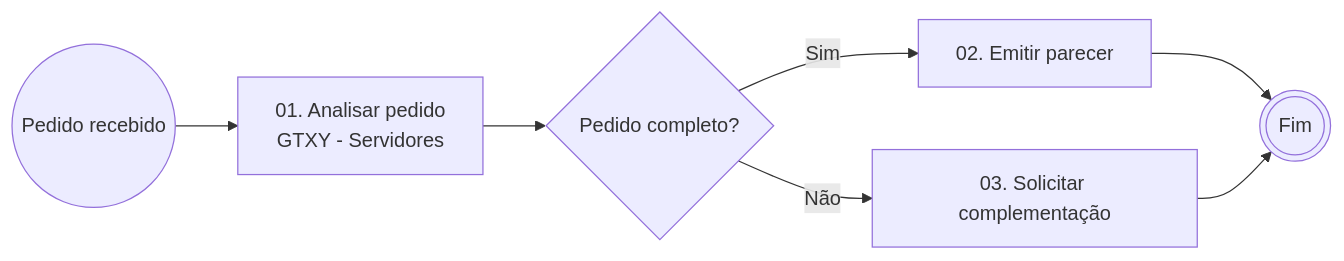
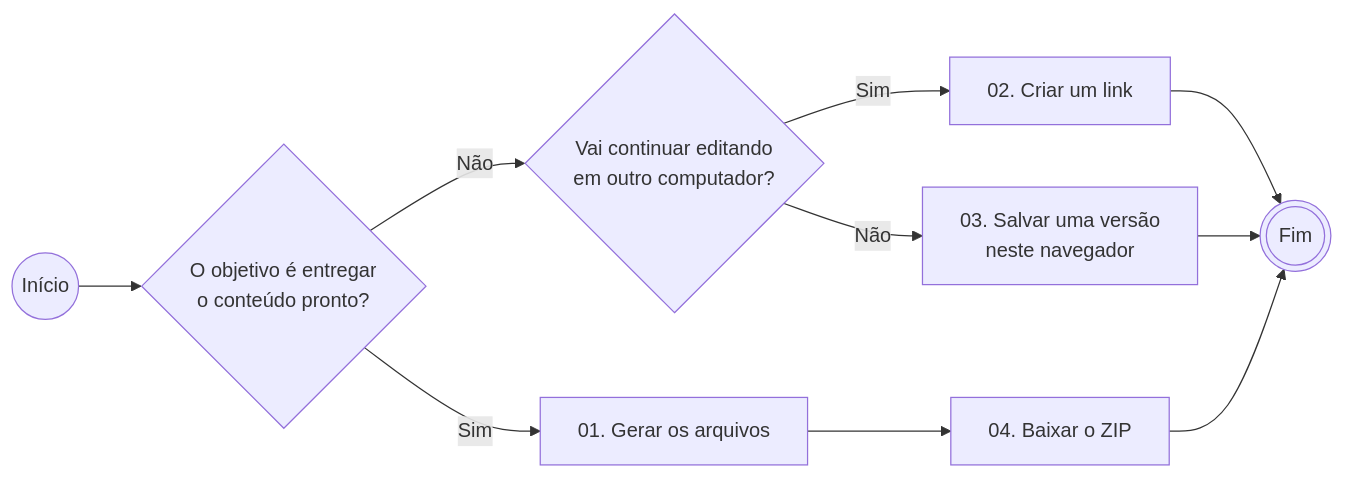
One commit to anacgovbr/conteudista changed the third of 3 diagrams in web/exemplo/treinamento.md. Above: the diagram before and after it, drawn with Mermaid. The commit also changed other lines of this file and 3 other files, not shown here.

````diff
--- a/web/exemplo/treinamento.md
+++ b/web/exemplo/treinamento.md
@@ -22,9 +217,12 @@
 ```mermaid
 flowchart LR
-    T00((Pedido recebido)) --> T01[01. Analisar pedido<br/>GTXY - Servidores]
-    T01 --> D01{Pedido completo?}
-    D01 -->|Sim| T02[02. Emitir parecer]
-    D01 -->|Não| T03[03. Solicitar complementação]
+    T00((Início)) --> D01{O objetivo é entregar<br/>o conteúdo pronto?}
+    D01 -->|Sim| T01[01. Gerar os arquivos]
+    D01 -->|Não| D02{Vai continuar editando<br/>em outro computador?}
+    D02 -->|Sim| T02[02. Criar um link]
+    D02 -->|Não| T03[03. Salvar uma versão<br/>neste navegador]
+    T01 --> T04[04. Baixar o ZIP]
     T02 --> T99(((Fim)))
     T03 --> T99
+    T04 --> T99
 ```
````
